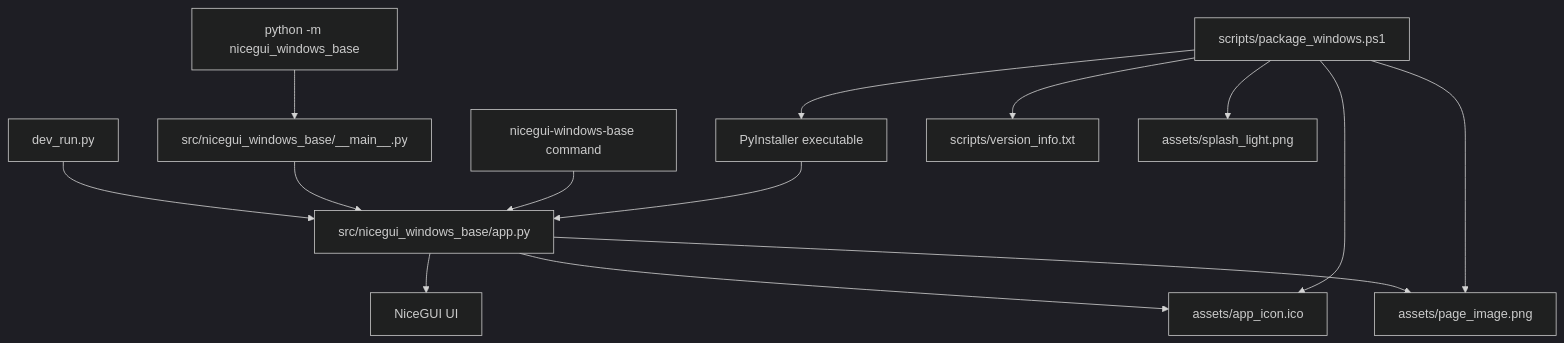
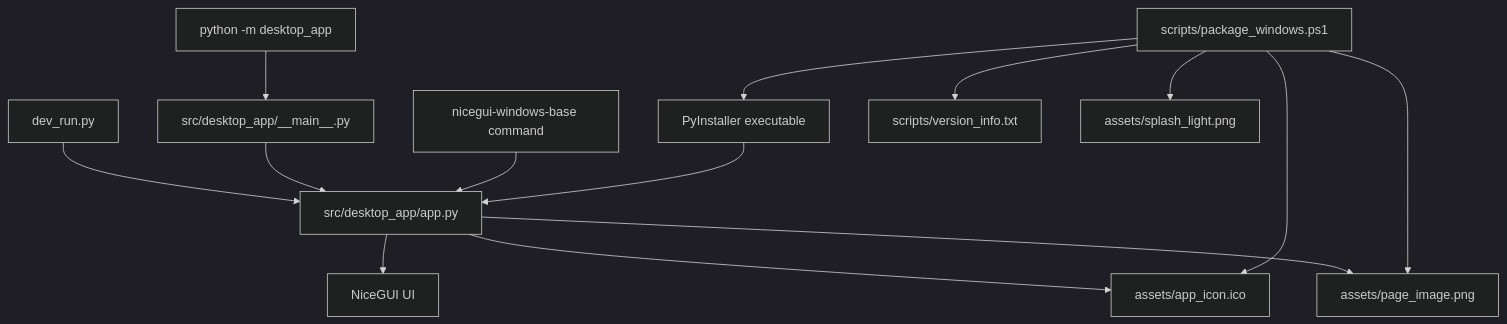
Before and after one commit to Fonze81/NiceGui-Windows-Base: the diagram in docs/README.md, drawn with Mermaid (dark theme). The commit also changed 18 other files, not shown here.

First line of the commit message:
refactor(package): rename internal package to desktop_app

````diff
--- a/docs/README.md
+++ b/docs/README.md
@@ -25,16 +25,16 @@
 ```mermaid
 flowchart TD
-    A[dev_run.py] --> B[src/nicegui_windows_base/app.py]
-    C[python -m nicegui_windows_base] --> D[src/nicegui_windows_base/__main__.py]
+    A[dev_run.py] --> B[src/desktop_app/app.py]
+    C[python -m desktop_app] --> D[src/desktop_app/__main__.py]
     D --> B
     E[nicegui-windows-base command] --> B
     F[PyInstaller executable] --> B
     B --> G[NiceGUI UI]
     B --> H[assets/app_icon.ico]
     B --> I[assets/page_image.png]
     J[scripts/package_windows.ps1] --> F
     J --> H
     J --> I
     J --> K[scripts/version_info.txt]
     J --> L[assets/splash_light.png]
 ```
````
